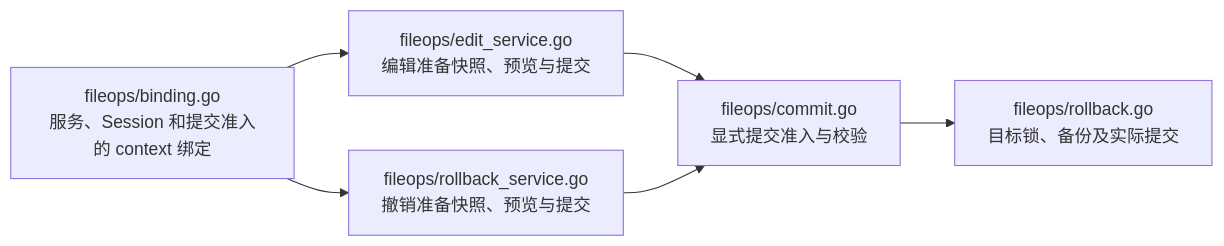
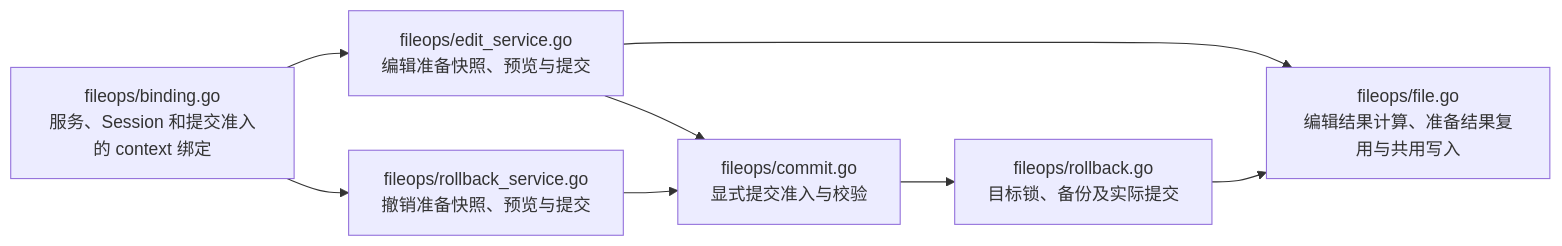
Before and after one commit to Elflare/elbot: the sixth of 11 diagrams in devdocs/architecture.md, drawn with Mermaid. The commit also changed other lines of this file and 22 other files, not shown here.

````diff
--- a/devdocs/architecture.md
+++ b/devdocs/architecture.md
@@ -325,8 +325,10 @@
 ```mermaid
 flowchart LR
     B["fileops/binding.go<br/>服务、Session 和提交准入的 context 绑定"] --> E["fileops/edit_service.go<br/>编辑准备快照、预览与提交"]
     B --> R["fileops/rollback_service.go<br/>撤销准备快照、预览与提交"]
     E --> G["fileops/commit.go<br/>显式提交准入与校验"]
     R --> G
     G --> M["fileops/rollback.go<br/>目标锁、备份及实际提交"]
+    E --> F["fileops/file.go<br/>编辑结果计算、准备结果复用与共用写入"]
+    M --> F
 ```
````
